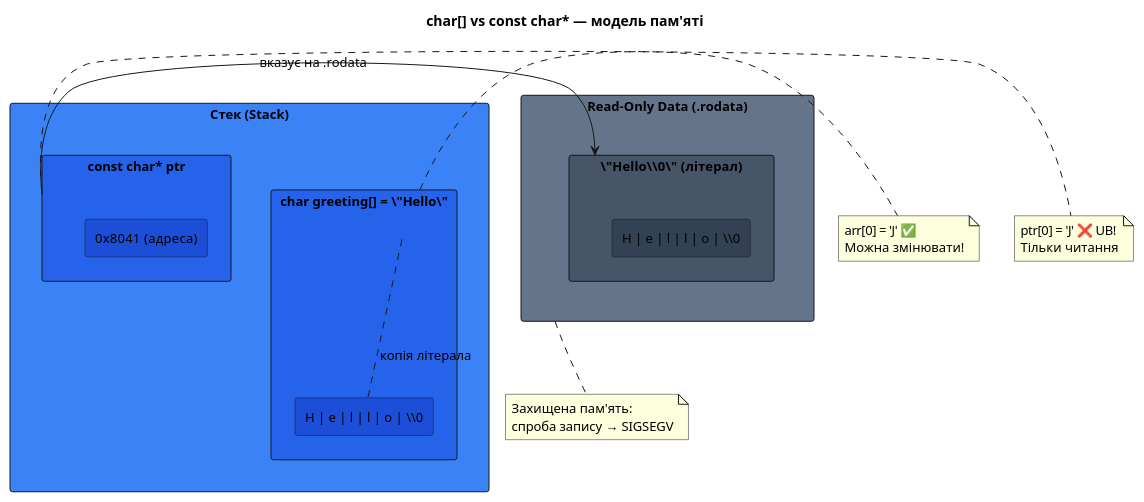
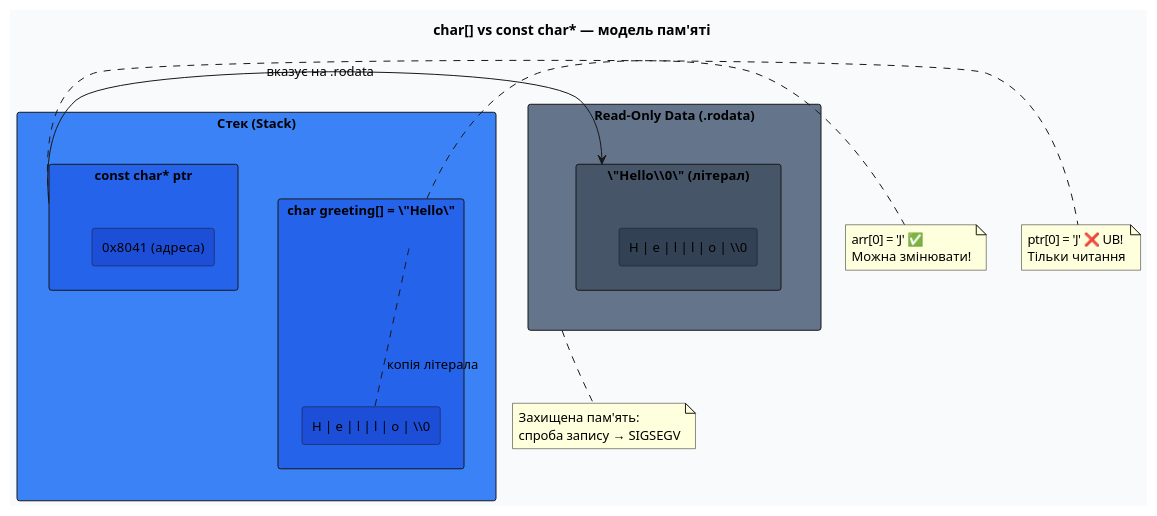
One commit to UTUBMIR/kostyl.dev changed the third of 3 diagrams in content/02.cpp/39.c-strings.md. Above: the diagram before and after it, drawn with PlantUML. The commit also changed other lines of this file and 8 other files, not shown here.

````diff
--- a/content/02.cpp/39.c-strings.md
+++ b/content/02.cpp/39.c-strings.md
@@ -283,44 +291,44 @@
 ```plantuml
 @startuml
 skinparam style plain
 skinparam defaultFontName "JetBrains Mono"
-skinparam backgroundColor transparent
+skinparam backgroundColor #f8fafc
 skinparam defaultFontSize 13
 
 title char[] vs const char* — модель пам'яті
 
 rectangle "Стек (Stack)" as stack #3b82f6 {
   rectangle "char greeting[] = \"Hello\"" as arr #2563eb {
     rectangle "H | e | l | l | o | \\\\0" as arrdata #1d4ed8
   }
   rectangle "const char* ptr" as ptr #2563eb {
     rectangle "0x8041  (адреса)" as ptrval #1d4ed8
   }
 }
 
 rectangle "Read-Only Data (.rodata)" as rodata #64748b {
   rectangle "\"Hello\\\\0\"  (літерал)" as lit #475569 {
     rectangle "H | e | l | l | o | \\\\0" as litdata #334155
   }
 }
 
 ptr -right-> lit : "вказує на .rodata"
 arr .. arrdata : "копія літерала"
 
 note right of arr
   arr[0] = 'J' ✅
   Можна змінювати!
 end note
 
 note right of ptr
   ptr[0] = 'J' ❌ UB!
   Тільки читання
 end note
 
 note bottom of rodata
   Захищена пам'ять:
   спроба запису → SIGSEGV
 end note
 
 @enduml
 ```
````
